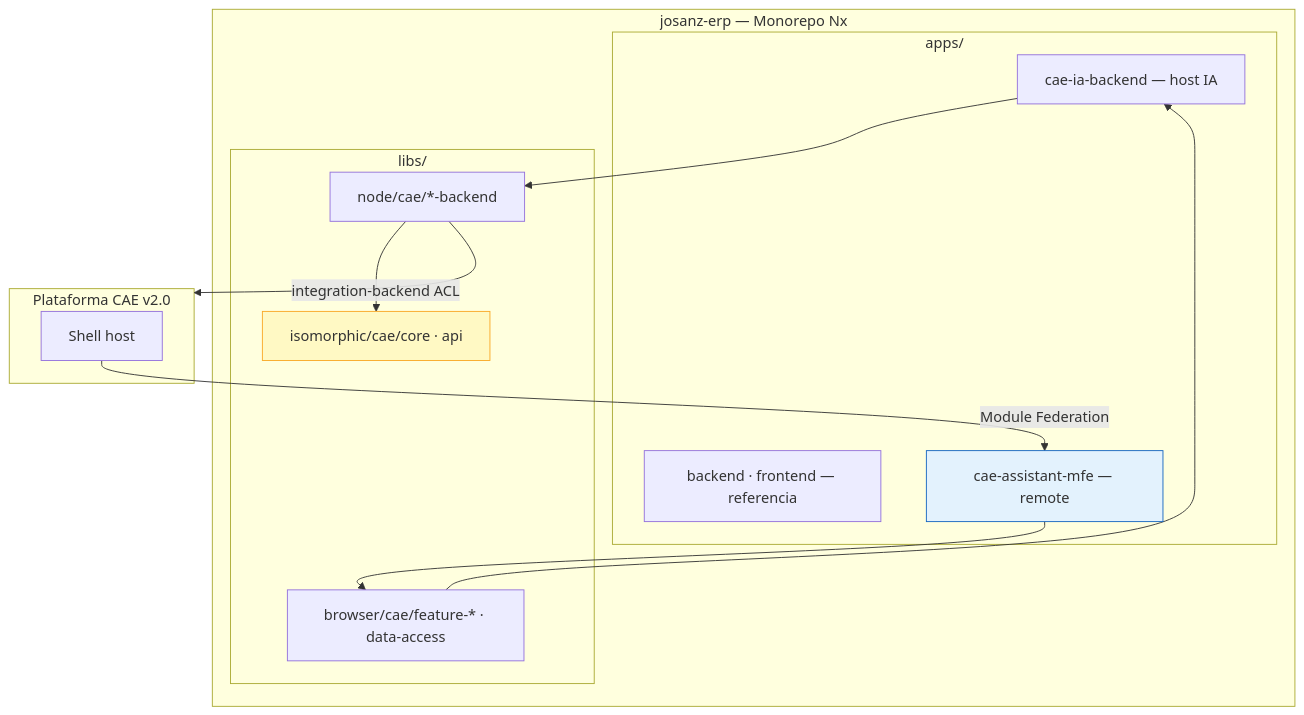
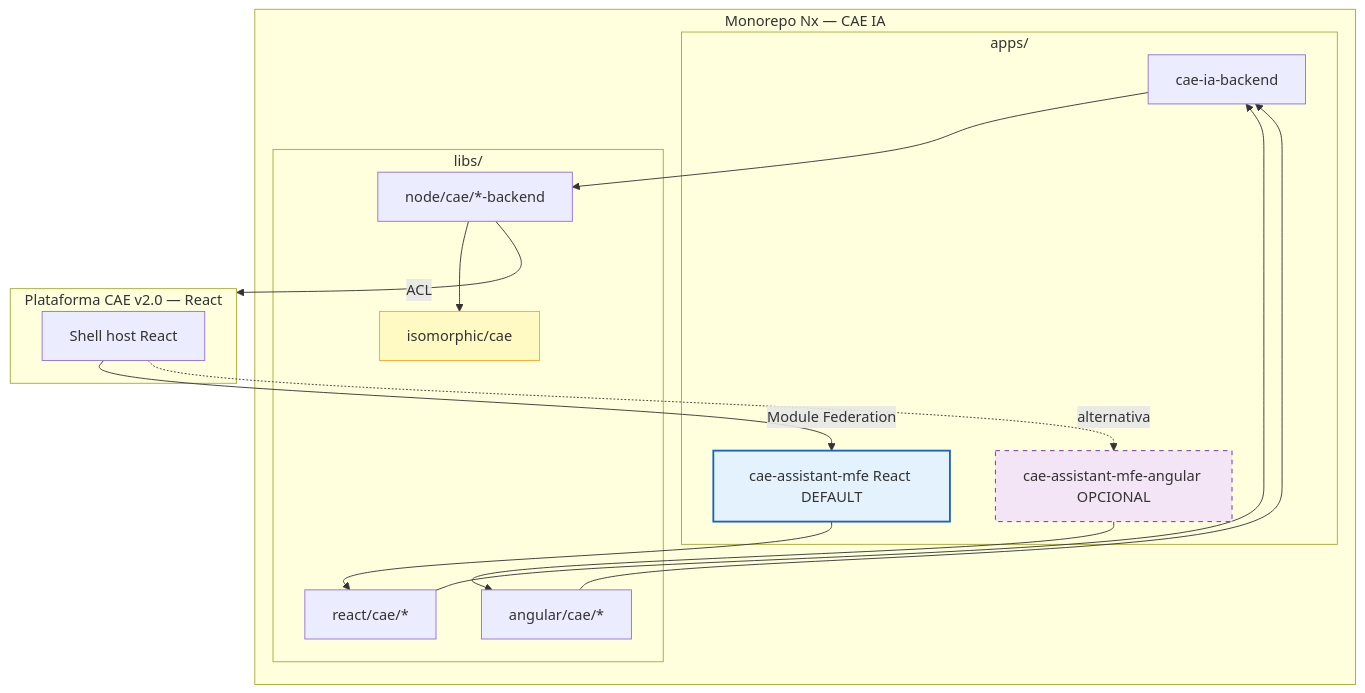
Before and after one commit to angelnietos/erp: the first of 8 diagrams in caedocs/ARQUITECTURA-CAE-IA.md, drawn with Mermaid. The commit also changed other lines of this file and 10 other files, not shown here.

````diff
--- a/caedocs/ARQUITECTURA-CAE-IA.md
+++ b/caedocs/ARQUITECTURA-CAE-IA.md
@@ -55,29 +57,33 @@
 ```mermaid
 flowchart TB
-    subgraph WORKSPACE["josanz-erp — Monorepo Nx"]
+    subgraph WORKSPACE["Monorepo Nx — CAE IA"]
         subgraph APPS["apps/"]
-            A1["backend · frontend — referencia"]
-            A2["cae-ia-backend — host IA"]
-            A3["cae-assistant-mfe — remote"]
+            A2["cae-ia-backend"]
+            A3["cae-assistant-mfe React DEFAULT"]
+            A4["cae-assistant-mfe-angular OPCIONAL"]
         end
         subgraph LIBS["libs/"]
-            ISO["isomorphic/cae/core · api"]
+            ISO["isomorphic/cae"]
             NODE["node/cae/*-backend"]
-            BR["browser/cae/feature-* · data-access"]
+            REACT["react/cae/*"]
+            ANG["angular/cae/*"]
         end
     end
 
-    subgraph CAE20["Plataforma CAE v2.0"]
-        SHELL["Shell host"]
+    subgraph CAE20["Plataforma CAE v2.0 — React"]
+        SHELL["Shell host React"]
     end
 
     A2 --> NODE
-    A3 --> BR
+    A3 --> REACT
+    A4 --> ANG
     NODE --> ISO
-    BR --> A2
+    REACT & ANG --> A2
     SHELL -->|Module Federation| A3
-    NODE -->|integration-backend ACL| CAE20
+    SHELL -.->|alternativa| A4
+    NODE -->|ACL| CAE20
 
+    style A3 fill:#e3f2fd,stroke:#1565c0,stroke-width:2px
+    style A4 fill:#f3e5f5,stroke:#7b1fa2,stroke-dasharray:5 5
     style ISO fill:#fff9c4,stroke:#f9a825
-    style A3 fill:#e3f2fd,stroke:#1565c0
 ```
````
